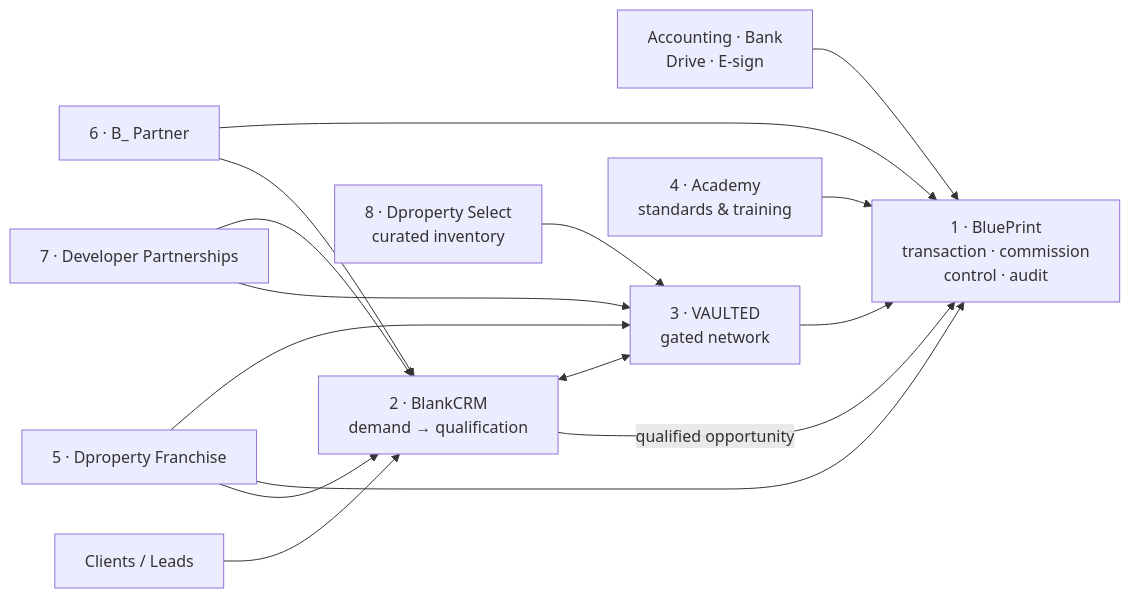
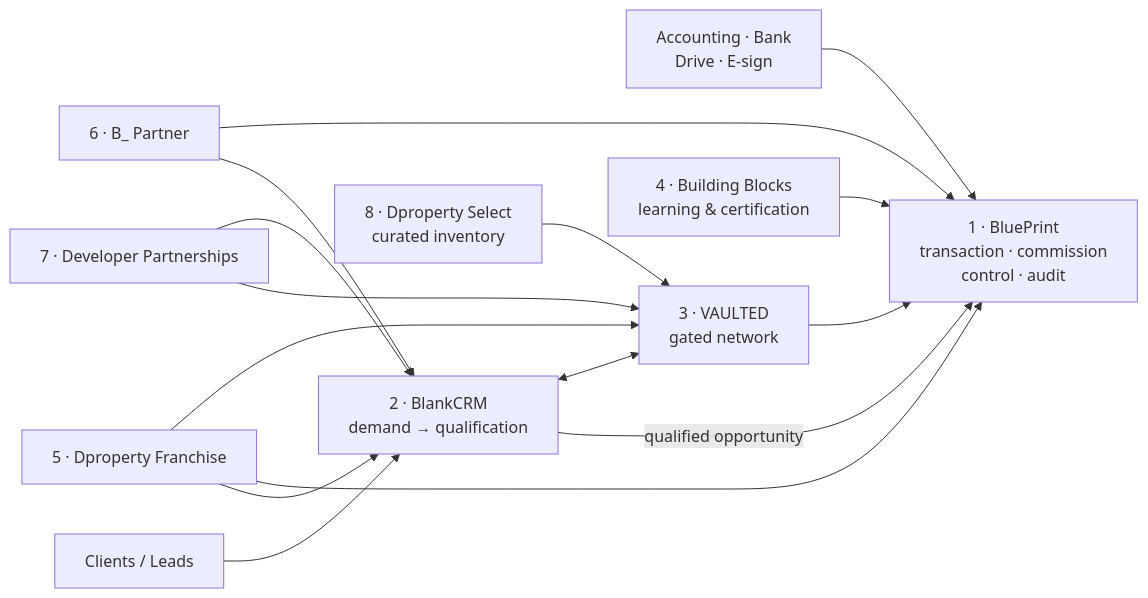
One commit to esteban123210/Dproperty_OS changed the diagram in second_brain/01_Canon/04 - Offer Portfolio Map.md. Above: the diagram before and after it, drawn with Mermaid. The commit also changed other lines of this file and 141 other files, not shown here.

First line of the commit message:
feat(canon): Building Blocks becomes a standalone product; add Portfolio Composition Principle

````diff
--- a/second_brain/01_Canon/04 - Offer Portfolio Map.md
+++ b/second_brain/01_Canon/04 - Offer Portfolio Map.md
@@ -45,25 +47,25 @@
 ```mermaid
 flowchart LR
     L["Clients / Leads"] --> CRM["2 · BlankCRM
 demand → qualification"]
     CRM -->|"qualified opportunity"| BP["1 · BluePrint
 transaction · commission
 control · audit"]
     ACC["Accounting · Bank
 Drive · E-sign"] --> BP
     CRM <--> VA["3 · VAULTED
 gated network"]
     VA --> BP
-    AC["4 · Academy
-standards & training"] --> BP
+    AC["4 · Building Blocks
+learning & certification"] --> BP
     SEL["8 · Dproperty Select
 curated inventory"] --> VA
 
     FR["5 · Dproperty Franchise"] --> CRM
     FR --> BP
     FR --> VA
     PT["6 · B_ Partner"] --> CRM
     PT --> BP
     DEV["7 · Developer Partnerships"] --> VA
     DEV --> CRM
 ```
````
